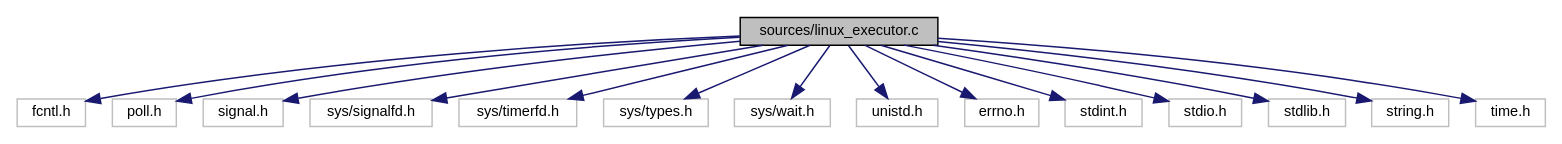
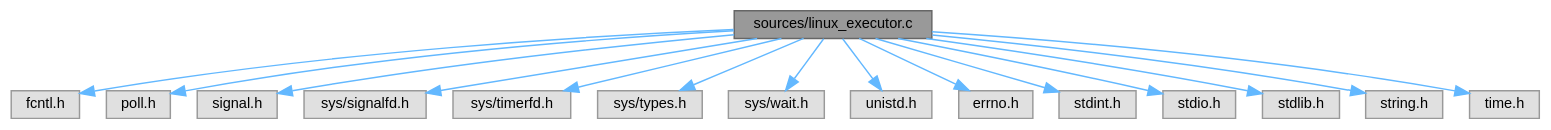
One commit to eliogovea/dev-env-cpp changed the diagram in dev/documentation/linux__executor_8c__incl.dot. Above: the diagram before and after it, drawn with Graphviz. The commit also changed 247 other files, not shown here.

```diff
--- a/dev/documentation/linux__executor_8c__incl.dot
+++ b/dev/documentation/linux__executor_8c__incl.dot
@@ -1,35 +1,36 @@
 digraph "sources/linux_executor.c"
 {
  // LATEX_PDF_SIZE
-  edge [fontname="Helvetica",fontsize="10",labelfontname="Helvetica",labelfontsize="10"];
-  node [fontname="Helvetica",fontsize="10",shape=record];
-  Node1 [label="sources/linux_executor.c",height=0.2,width=0.4,color="black", fillcolor="grey75", style="filled", fontcolor="black",tooltip=" "];
-  Node1 -> Node2 [color="midnightblue",fontsize="10",style="solid",fontname="Helvetica"];
-  Node2 [label="fcntl.h",height=0.2,width=0.4,color="grey75", fillcolor="white", style="filled",tooltip=" "];
-  Node1 -> Node3 [color="midnightblue",fontsize="10",style="solid",fontname="Helvetica"];
-  Node3 [label="poll.h",height=0.2,width=0.4,color="grey75", fillcolor="white", style="filled",tooltip=" "];
-  Node1 -> Node4 [color="midnightblue",fontsize="10",style="solid",fontname="Helvetica"];
-  Node4 [label="signal.h",height=0.2,width=0.4,color="grey75", fillcolor="white", style="filled",tooltip=" "];
-  Node1 -> Node5 [color="midnightblue",fontsize="10",style="solid",fontname="Helvetica"];
-  Node5 [label="sys/signalfd.h",height=0.2,width=0.4,color="grey75", fillcolor="white", style="filled",tooltip=" "];
-  Node1 -> Node6 [color="midnightblue",fontsize="10",style="solid",fontname="Helvetica"];
-  Node6 [label="sys/timerfd.h",height=0.2,width=0.4,color="grey75", fillcolor="white", style="filled",tooltip=" "];
-  Node1 -> Node7 [color="midnightblue",fontsize="10",style="solid",fontname="Helvetica"];
-  Node7 [label="sys/types.h",height=0.2,width=0.4,color="grey75", fillcolor="white", style="filled",tooltip=" "];
-  Node1 -> Node8 [color="midnightblue",fontsize="10",style="solid",fontname="Helvetica"];
-  Node8 [label="sys/wait.h",height=0.2,width=0.4,color="grey75", fillcolor="white", style="filled",tooltip=" "];
-  Node1 -> Node9 [color="midnightblue",fontsize="10",style="solid",fontname="Helvetica"];
-  Node9 [label="unistd.h",height=0.2,width=0.4,color="grey75", fillcolor="white", style="filled",tooltip=" "];
-  Node1 -> Node10 [color="midnightblue",fontsize="10",style="solid",fontname="Helvetica"];
-  Node10 [label="errno.h",height=0.2,width=0.4,color="grey75", fillcolor="white", style="filled",tooltip=" "];
-  Node1 -> Node11 [color="midnightblue",fontsize="10",style="solid",fontname="Helvetica"];
-  Node11 [label="stdint.h",height=0.2,width=0.4,color="grey75", fillcolor="white", style="filled",tooltip=" "];
-  Node1 -> Node12 [color="midnightblue",fontsize="10",style="solid",fontname="Helvetica"];
-  Node12 [label="stdio.h",height=0.2,width=0.4,color="grey75", fillcolor="white", style="filled",tooltip=" "];
-  Node1 -> Node13 [color="midnightblue",fontsize="10",style="solid",fontname="Helvetica"];
-  Node13 [label="stdlib.h",height=0.2,width=0.4,color="grey75", fillcolor="white", style="filled",tooltip=" "];
-  Node1 -> Node14 [color="midnightblue",fontsize="10",style="solid",fontname="Helvetica"];
-  Node14 [label="string.h",height=0.2,width=0.4,color="grey75", fillcolor="white", style="filled",tooltip=" "];
-  Node1 -> Node15 [color="midnightblue",fontsize="10",style="solid",fontname="Helvetica"];
-  Node15 [label="time.h",height=0.2,width=0.4,color="grey75", fillcolor="white", style="filled",tooltip=" "];
+  bgcolor="transparent";
+  edge [fontname=Helvetica,fontsize=10,labelfontname=Helvetica,labelfontsize=10];
+  node [fontname=Helvetica,fontsize=10,shape=box,height=0.2,width=0.4];
+  Node1 [id="Node000001",label="sources/linux_executor.c",height=0.2,width=0.4,color="gray40", fillcolor="grey60", style="filled", fontcolor="black",tooltip=" "];
+  Node1 -> Node2 [id="edge1_Node000001_Node000002",color="steelblue1",style="solid",tooltip=" "];
+  Node2 [id="Node000002",label="fcntl.h",height=0.2,width=0.4,color="grey60", fillcolor="#E0E0E0", style="filled",tooltip=" "];
+  Node1 -> Node3 [id="edge2_Node000001_Node000003",color="steelblue1",style="solid",tooltip=" "];
+  Node3 [id="Node000003",label="poll.h",height=0.2,width=0.4,color="grey60", fillcolor="#E0E0E0", style="filled",tooltip=" "];
+  Node1 -> Node4 [id="edge3_Node000001_Node000004",color="steelblue1",style="solid",tooltip=" "];
+  Node4 [id="Node000004",label="signal.h",height=0.2,width=0.4,color="grey60", fillcolor="#E0E0E0", style="filled",tooltip=" "];
+  Node1 -> Node5 [id="edge4_Node000001_Node000005",color="steelblue1",style="solid",tooltip=" "];
+  Node5 [id="Node000005",label="sys/signalfd.h",height=0.2,width=0.4,color="grey60", fillcolor="#E0E0E0", style="filled",tooltip=" "];
+  Node1 -> Node6 [id="edge5_Node000001_Node000006",color="steelblue1",style="solid",tooltip=" "];
+  Node6 [id="Node000006",label="sys/timerfd.h",height=0.2,width=0.4,color="grey60", fillcolor="#E0E0E0", style="filled",tooltip=" "];
+  Node1 -> Node7 [id="edge6_Node000001_Node000007",color="steelblue1",style="solid",tooltip=" "];
+  Node7 [id="Node000007",label="sys/types.h",height=0.2,width=0.4,color="grey60", fillcolor="#E0E0E0", style="filled",tooltip=" "];
+  Node1 -> Node8 [id="edge7_Node000001_Node000008",color="steelblue1",style="solid",tooltip=" "];
+  Node8 [id="Node000008",label="sys/wait.h",height=0.2,width=0.4,color="grey60", fillcolor="#E0E0E0", style="filled",tooltip=" "];
+  Node1 -> Node9 [id="edge8_Node000001_Node000009",color="steelblue1",style="solid",tooltip=" "];
+  Node9 [id="Node000009",label="unistd.h",height=0.2,width=0.4,color="grey60", fillcolor="#E0E0E0", style="filled",tooltip=" "];
+  Node1 -> Node10 [id="edge9_Node000001_Node000010",color="steelblue1",style="solid",tooltip=" "];
+  Node10 [id="Node000010",label="errno.h",height=0.2,width=0.4,color="grey60", fillcolor="#E0E0E0", style="filled",tooltip=" "];
+  Node1 -> Node11 [id="edge10_Node000001_Node000011",color="steelblue1",style="solid",tooltip=" "];
+  Node11 [id="Node000011",label="stdint.h",height=0.2,width=0.4,color="grey60", fillcolor="#E0E0E0", style="filled",tooltip=" "];
+  Node1 -> Node12 [id="edge11_Node000001_Node000012",color="steelblue1",style="solid",tooltip=" "];
+  Node12 [id="Node000012",label="stdio.h",height=0.2,width=0.4,color="grey60", fillcolor="#E0E0E0", style="filled",tooltip=" "];
+  Node1 -> Node13 [id="edge12_Node000001_Node000013",color="steelblue1",style="solid",tooltip=" "];
+  Node13 [id="Node000013",label="stdlib.h",height=0.2,width=0.4,color="grey60", fillcolor="#E0E0E0", style="filled",tooltip=" "];
+  Node1 -> Node14 [id="edge13_Node000001_Node000014",color="steelblue1",style="solid",tooltip=" "];
+  Node14 [id="Node000014",label="string.h",height=0.2,width=0.4,color="grey60", fillcolor="#E0E0E0", style="filled",tooltip=" "];
+  Node1 -> Node15 [id="edge14_Node000001_Node000015",color="steelblue1",style="solid",tooltip=" "];
+  Node15 [id="Node000015",label="time.h",height=0.2,width=0.4,color="grey60", fillcolor="#E0E0E0", style="filled",tooltip=" "];
 }
```
